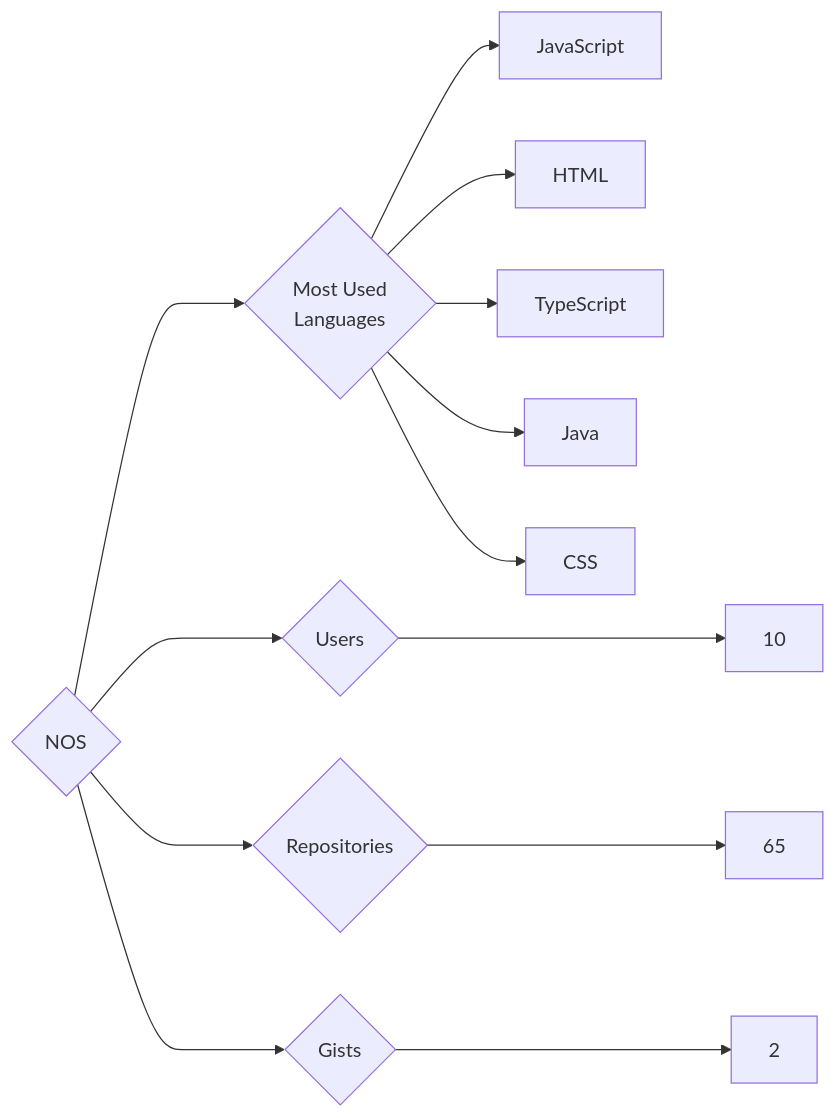
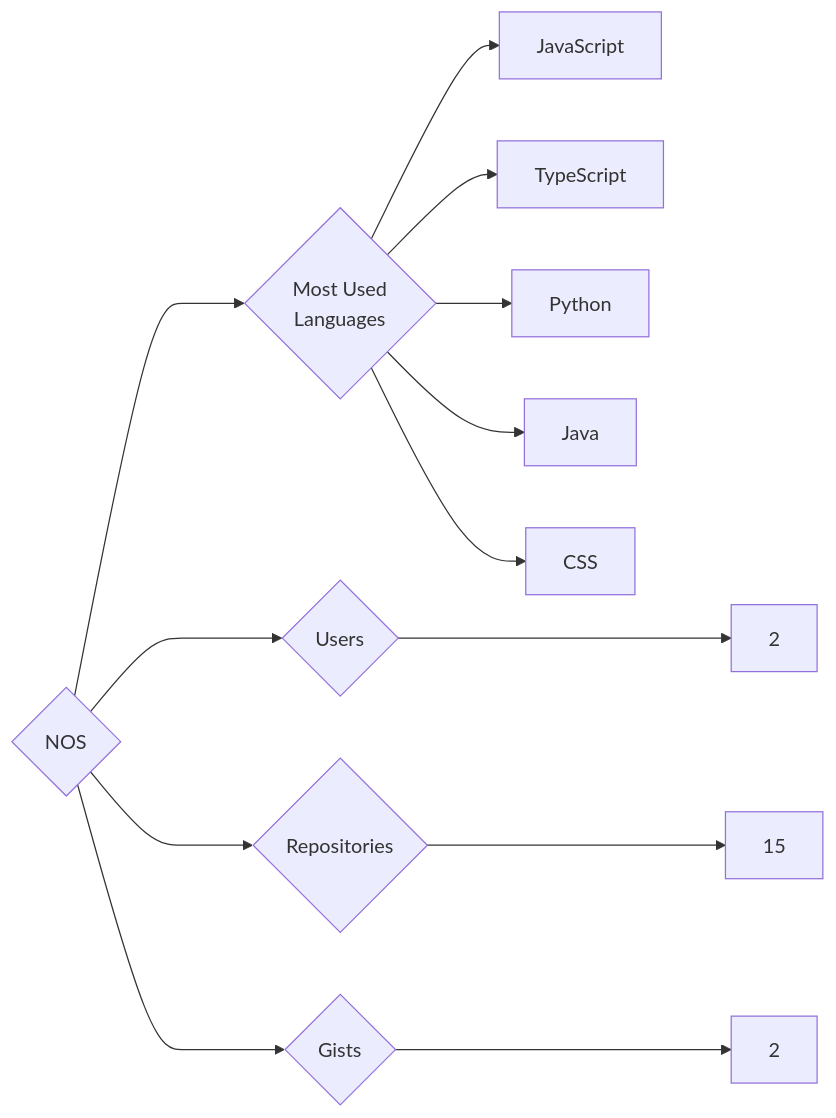
Before and after one commit to trickest/insiders: the diagram in targets/NOS/README.md, drawn with Mermaid. The commit also changed 851 other files, not shown here.

````diff
--- a/targets/NOS/README.md
+++ b/targets/NOS/README.md
@@ -3,13 +3,13 @@
 ```mermaid
 graph LR
 COMPANY_NAME{NOS}
-COMPANY_NAME ---> U{Users} ---> UN[10]
-COMPANY_NAME ---> R{Repositories} ---> RN[65]
+COMPANY_NAME ---> U{Users} ---> UN[2]
+COMPANY_NAME ---> R{Repositories} ---> RN[15]
 COMPANY_NAME ---> G{Gists} ---> GN[2]
 COMPANY_NAME ---> ML{Most Used<br>Languages}
 ML --> JavaScript[JavaScript]
-ML --> HTML[HTML]
 ML --> TypeScript[TypeScript]
+ML --> Python[Python]
 ML --> Java[Java]
 ML --> CSS[CSS]
 ```
````
